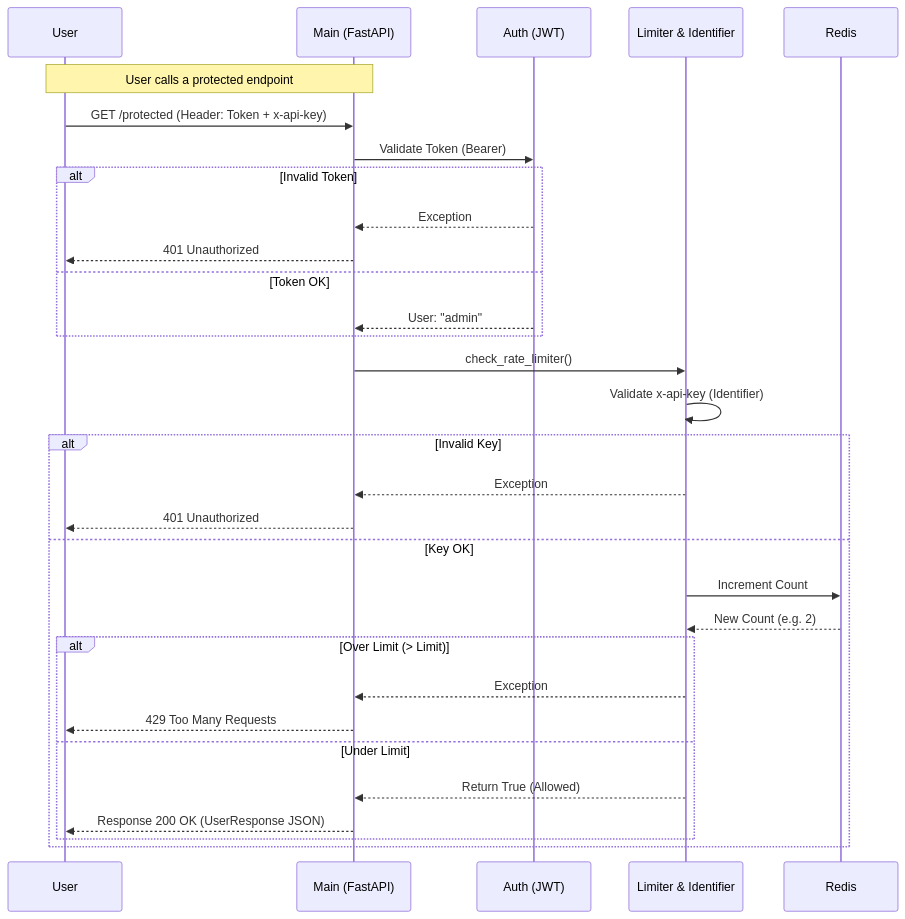
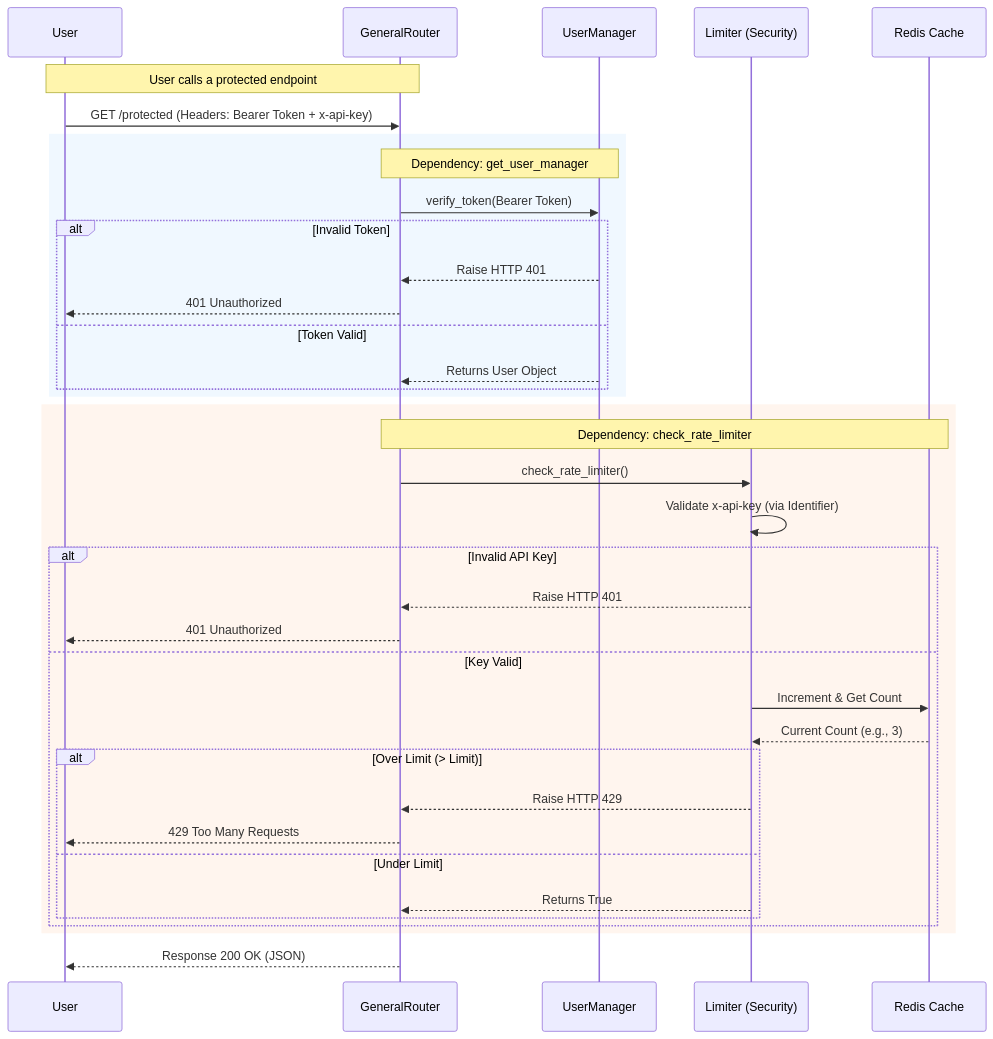
The diagram in diagrams/sequence_diagram.md (JonathanWindell/API-Shell), drawn with Mermaid before and after one commit. The commit also changed 1 other file, not shown here.

Commit message:
Revised diagrams to better represent current structure

````diff
--- a/diagrams/sequence_diagram.md
+++ b/diagrams/sequence_diagram.md
@@ -1,44 +1,50 @@
 ```Mermaid
     sequenceDiagram
     participant User
-    participant Main as Main (FastAPI)
-    participant Auth as Auth (JWT)
-    participant Sec as Limiter & Identifier
-    participant Redis
+    participant Router as GeneralRouter
+    participant Auth as UserManager
+    participant Limiter as Limiter (Security)
+    participant Redis as Redis Cache
 
-    Note over User, Main: User calls a protected endpoint
+    Note over User, Router: User calls a protected endpoint
 
-    User->>Main: GET /protected (Header: Token + x-api-key)
+    User->>Router: GET /protected (Headers: Bearer Token + x-api-key)
     
-    %% Step 1: JWT Validation (Automatic via Depends)
-    Main->>Auth: Validate Token (Bearer)
+    %% Step 1: Authentication (Dependency Injection)
+    rect rgb(240, 248, 255)
+    Note over Router, Auth: Dependency: get_user_manager
+    Router->>Auth: verify_token(Bearer Token)
     
     alt Invalid Token
-        Auth-->>Main: Exception
-        Main-->>User: 401 Unauthorized
-    else Token OK
-        Auth-->>Main: User: "admin"
+        Auth-->>Router: Raise HTTP 401
+        Router-->>User: 401 Unauthorized
+    else Token Valid
+        Auth-->>Router: Returns User Object
+    end
     end
 
-    %% Step 2: Rate Limiting & API Key (Inside check_rate_limiter)
-    Main->>Sec: check_rate_limiter()
-    Sec->>Sec: Validate x-api-key (Identifier)
+    %% Step 2: Rate Limiting & API Key (Dependency Injection)
+    rect rgb(255, 245, 238)
+    Note over Router, Redis: Dependency: check_rate_limiter
+    Router->>Limiter: check_rate_limiter()
+    Limiter->>Limiter: Validate x-api-key (via Identifier)
     
-    alt Invalid Key
-        Sec-->>Main: Exception
-        Main-->>User: 401 Unauthorized
-    else Key OK
-        Sec->>Redis: Increment Count
-        Redis-->>Sec: New Count (e.g. 2)
+    alt Invalid API Key
+        Limiter-->>Router: Raise HTTP 401
+        Router-->>User: 401 Unauthorized
+    else Key Valid
+        Limiter->>Redis: Increment & Get Count
+        Redis-->>Limiter: Current Count (e.g., 3)
         
         alt Over Limit (> Limit)
-            Sec-->>Main: Exception
-            Main-->>User: 429 Too Many Requests
+            Limiter-->>Router: Raise HTTP 429
+            Router-->>User: 429 Too Many Requests
         else Under Limit
-            Sec-->>Main: Return True (Allowed)
-            
-            %% Step 3: Success
-            Main-->>User: Response 200 OK (UserResponse JSON)
+            Limiter-->>Router: Returns True
         end
     end
+    end
+
+    %% Step 3: Success Response
+    Router-->>User: Response 200 OK (JSON)
 ```
````
